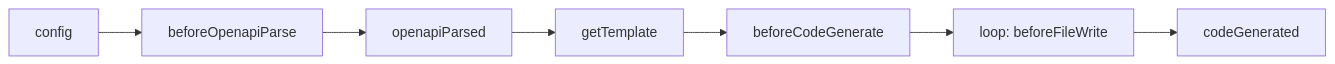
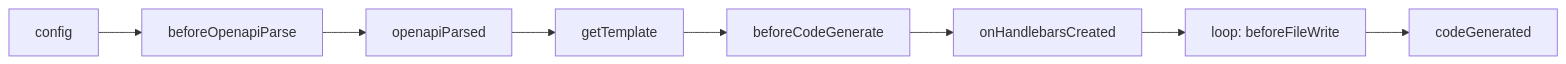
The diagram in docs/content/docs/plugin-system/index.mdx (alovajs/devtools), drawn with Mermaid before and after one commit. The commit also changed other lines of this file and 87 other files, not shown here.

````diff
--- a/docs/content/docs/plugin-system/index.mdx
+++ b/docs/content/docs/plugin-system/index.mdx
@@ -10,9 +10,10 @@
 ```mermaid
 flowchart LR
     A[config] --> B[beforeOpenapiParse]
     B --> C[openapiParsed]
     C --> D[getTemplate]
     D --> E[beforeCodeGenerate]
-    E --> F["loop: beforeFileWrite"]
-    F --> G[codeGenerated]
+    E --> F[onHandlebarsCreated]
+    F --> G["loop: beforeFileWrite"]
+    G --> H[codeGenerated]
 ```
````
